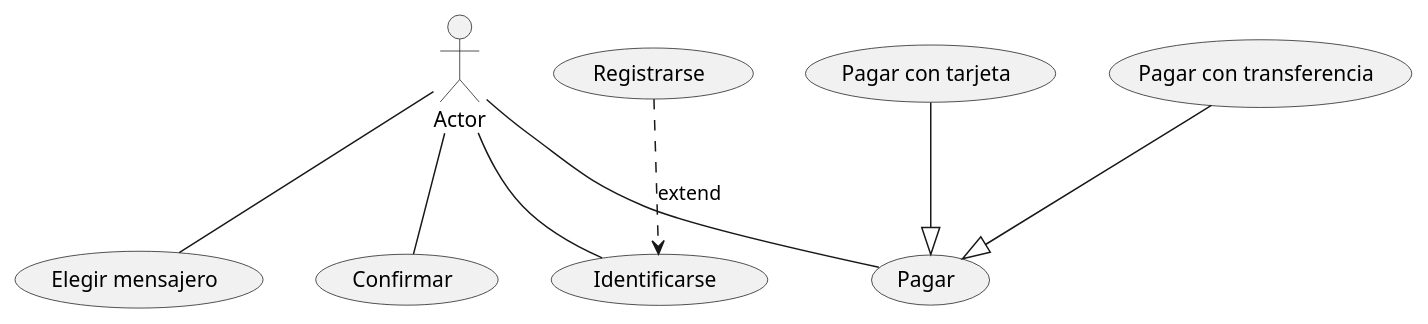
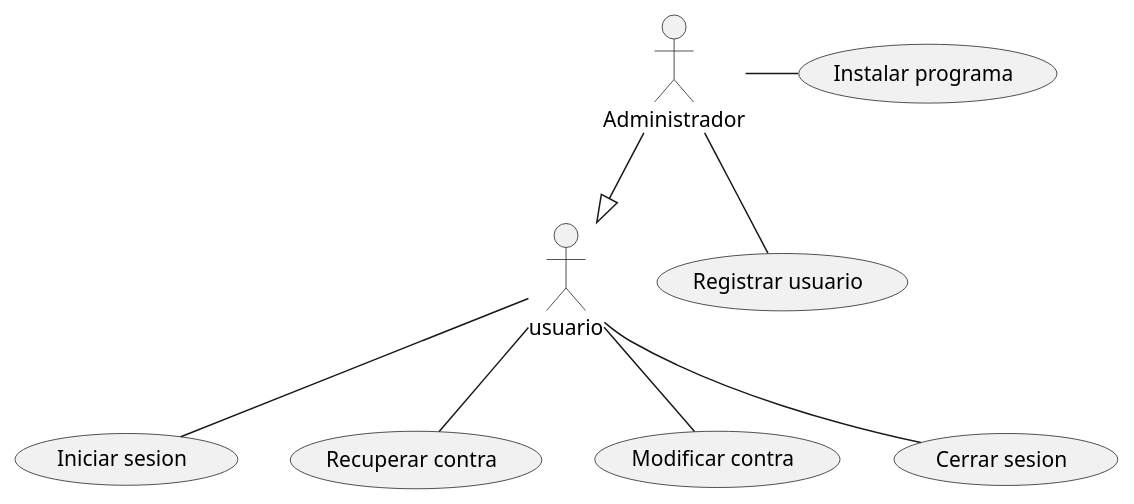
The diagram in src/CasosDeUso.puml (Dpketes/CasosDeUso), drawn with PlantUML before and after one commit.

Commit message:
Ejemplo variado 3

```diff
--- a/src/CasosDeUso.puml
+++ b/src/CasosDeUso.puml
@@ -1,19 +1,23 @@
 @startuml
-:Actor:
-(Identificarse)
-(Pagar)
-(Elegir mensajero)
-(Confirmar)
-(Registrarse)
-(Pagar con tarjeta)
-(Pagar con transferencia)
+:usuario:
+:Administrador:
 
-Actor--(Identificarse)
-Actor--(Pagar)
-Actor--(Elegir mensajero)
-Actor--(Confirmar)
+(Iniciar sesion)
+(Recuperar contra)
+(Modificar contra)
+(Cerrar sesion)
+(Registrar usuario)
+(Instalar programa)
 
-(Registrarse)..> (Identificarse) : extend
-(Pagar con tarjeta) --|> (Pagar)
-(Pagar con transferencia) --|> (Pagar)
+
+usuario--(Iniciar sesion)
+usuario--(Recuperar contra)
+usuario--(Modificar contra)
+usuario--(Cerrar sesion)
+
+Administrador --|> usuario
+
+Administrador -- (Registrar usuario)
+Administrador - (Instalar programa)
+
 @enduml
```
